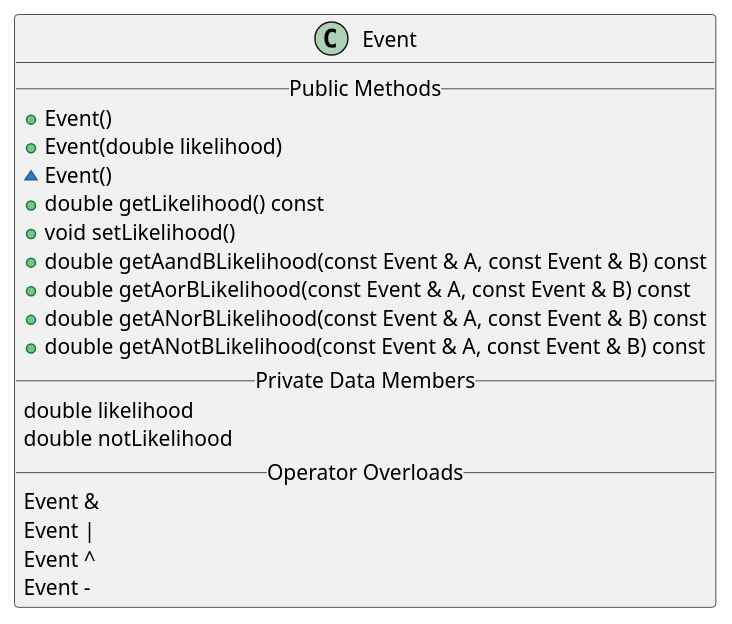
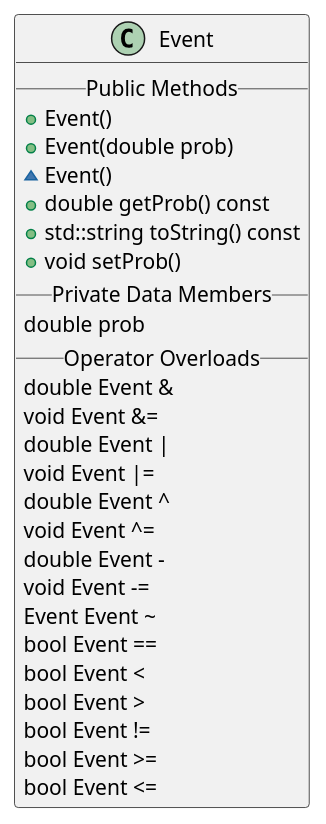
One commit to zacmcnulty123/CPP_grad_school changed the diagram in probabilities/prob.wsd. Above: the diagram before and after it, drawn with PlantUML. The commit also changed 3 other files, not shown here.

```diff
--- a/probabilities/prob.wsd
+++ b/probabilities/prob.wsd
@@ -1,23 +1,30 @@
 @startuml
 class Event {
   __Public Methods__
   +Event()
-  +Event(double likelihood)
+  +Event(double prob)
   ~Event()
-  +double getLikelihood() const
-  +void setLikelihood()
-  +double getAandBLikelihood(const Event & A, const Event & B) const
-  +double getAorBLikelihood(const Event & A, const Event & B) const
-  +double getANorBLikelihood(const Event & A, const Event & B) const
-  +double getANotBLikelihood(const Event & A, const Event & B) const
+  +double getProb() const
+  +std::string toString() const
+  +void setProb()
   __Private Data Members__
-  double likelihood
-  double notLikelihood
+  double prob
   __Operator Overloads__
-  Event &
-  Event |
-  Event ^
-  Event -
+  double Event &
+  void Event &=
+  double Event |
+  void Event |=
+  double Event ^
+  void Event ^=
+  double Event -
+  void Event -=
+  Event Event ~
+  bool Event ==
+  bool Event <
+  bool Event >
+  bool Event !=
+  bool Event >=
+  bool Event <=
 }
 
 @enduml
```
